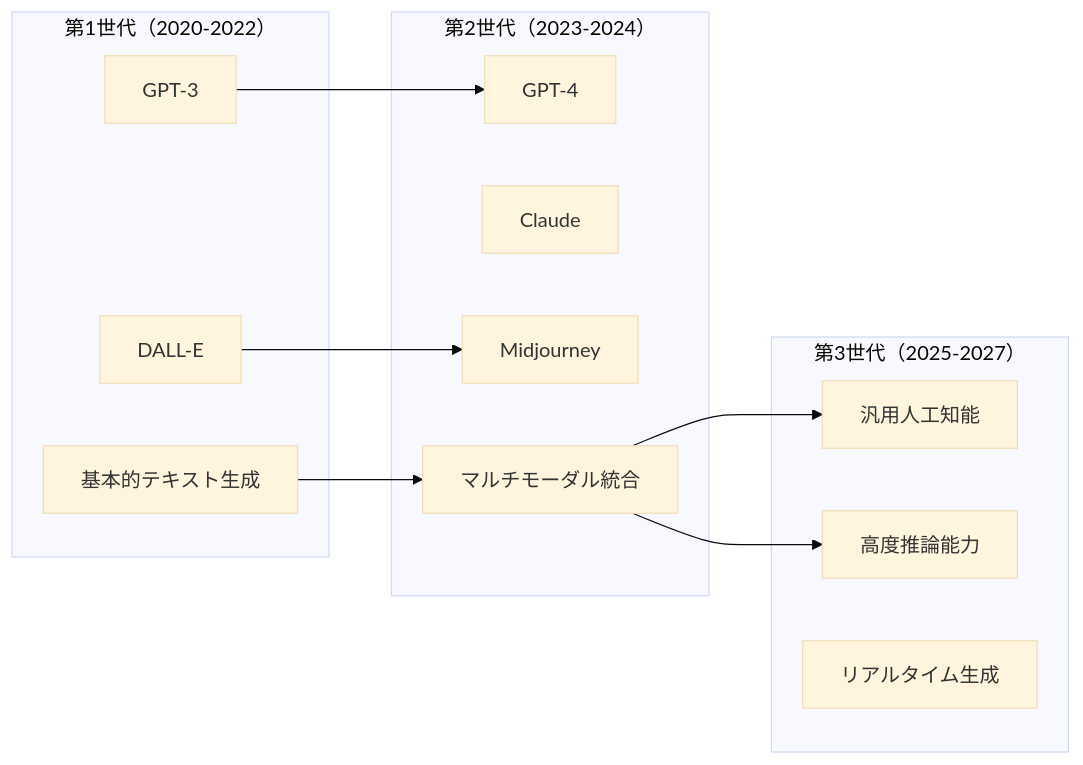
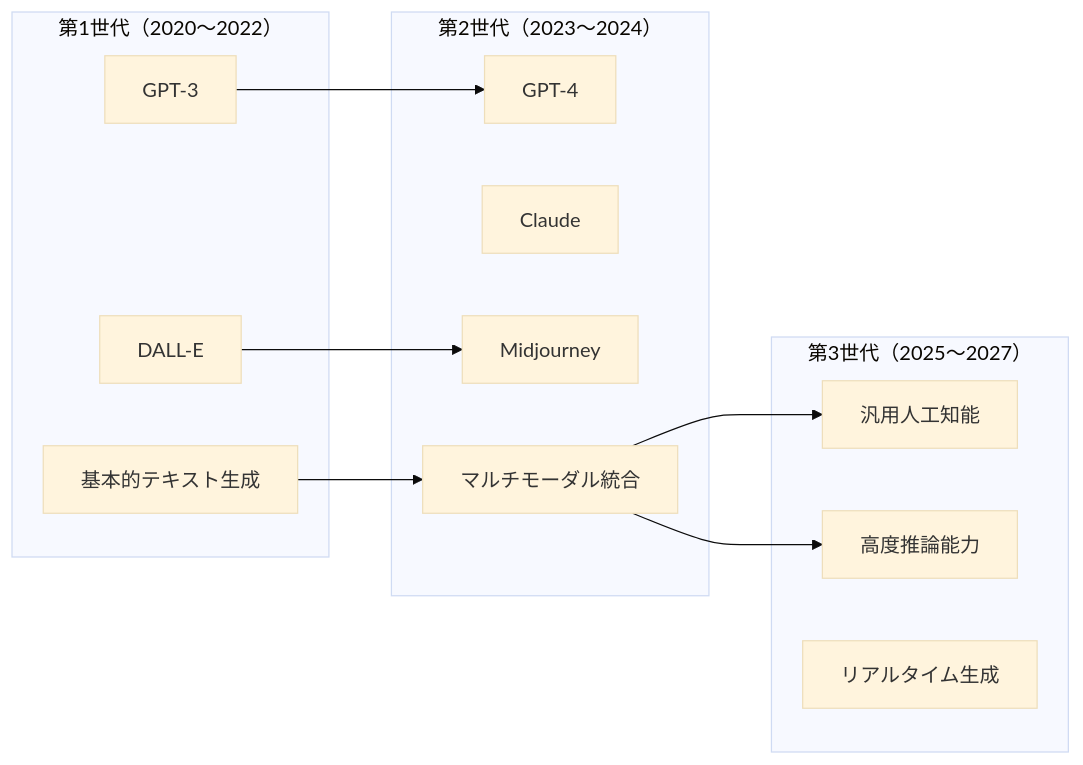
The third of 3 diagrams in src/chapters/chapter12.md (itdojp/cs-visionaries-book), drawn with Mermaid (base theme) before and after one commit. The commit also changed other lines of this file and 39 other files, not shown here.

````diff
--- a/src/chapters/chapter12.md
+++ b/src/chapters/chapter12.md
@@ -849,27 +849,27 @@
 ```mermaid
 graph LR
-    subgraph "第1世代（2020-2022）"
+    subgraph "第1世代（2020〜2022）"
         GPT3[GPT-3]
         DALL_E[DALL-E]
         Basic[基本的テキスト生成]
     end
     
-    subgraph "第2世代（2023-2024）"
+    subgraph "第2世代（2023〜2024）"
         GPT4[GPT-4]
         Claude[Claude]
         Midjourney[Midjourney]
         Multi[マルチモーダル統合]
     end
     
-    subgraph "第3世代（2025-2027）"
+    subgraph "第3世代（2025〜2027）"
         AGI[汎用人工知能]
         Reasoning[高度推論能力]
         RealTime[リアルタイム生成]
     end
     
     GPT3 --> GPT4
     DALL_E --> Midjourney
     Basic --> Multi
     Multi --> AGI
     Multi --> Reasoning
 ```
````
